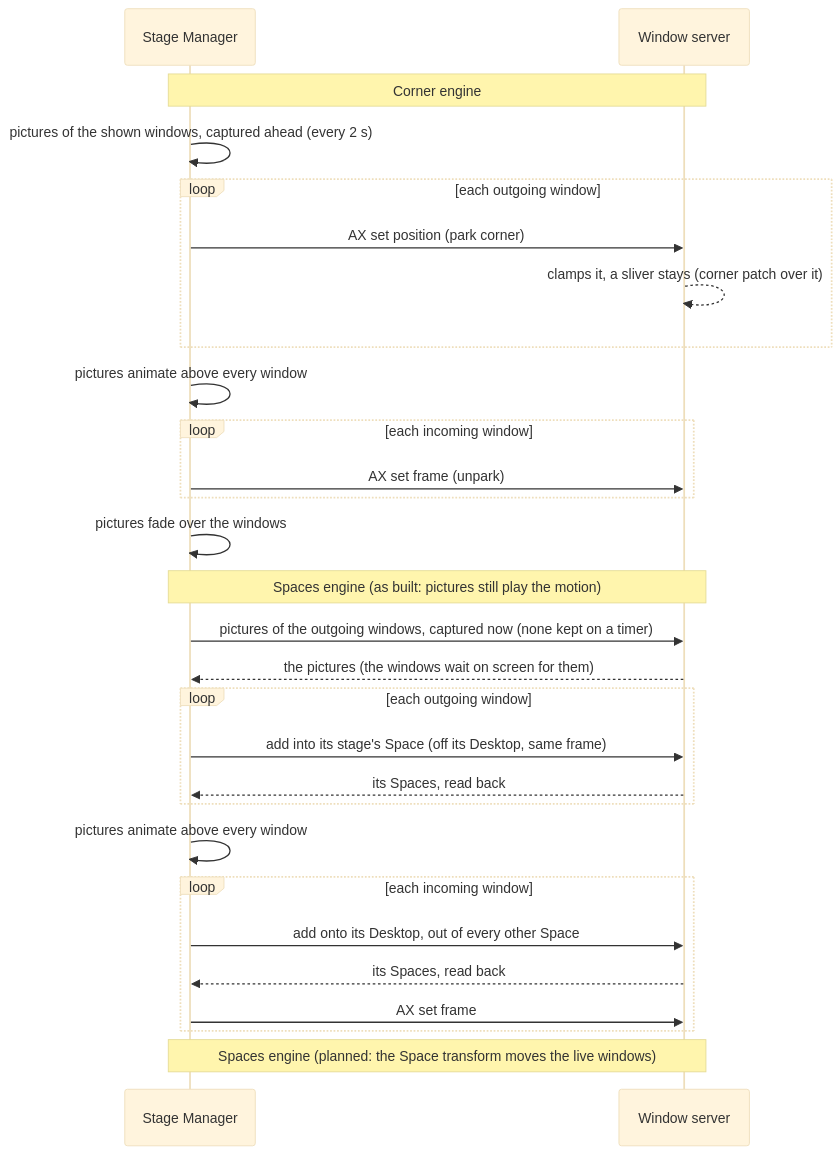
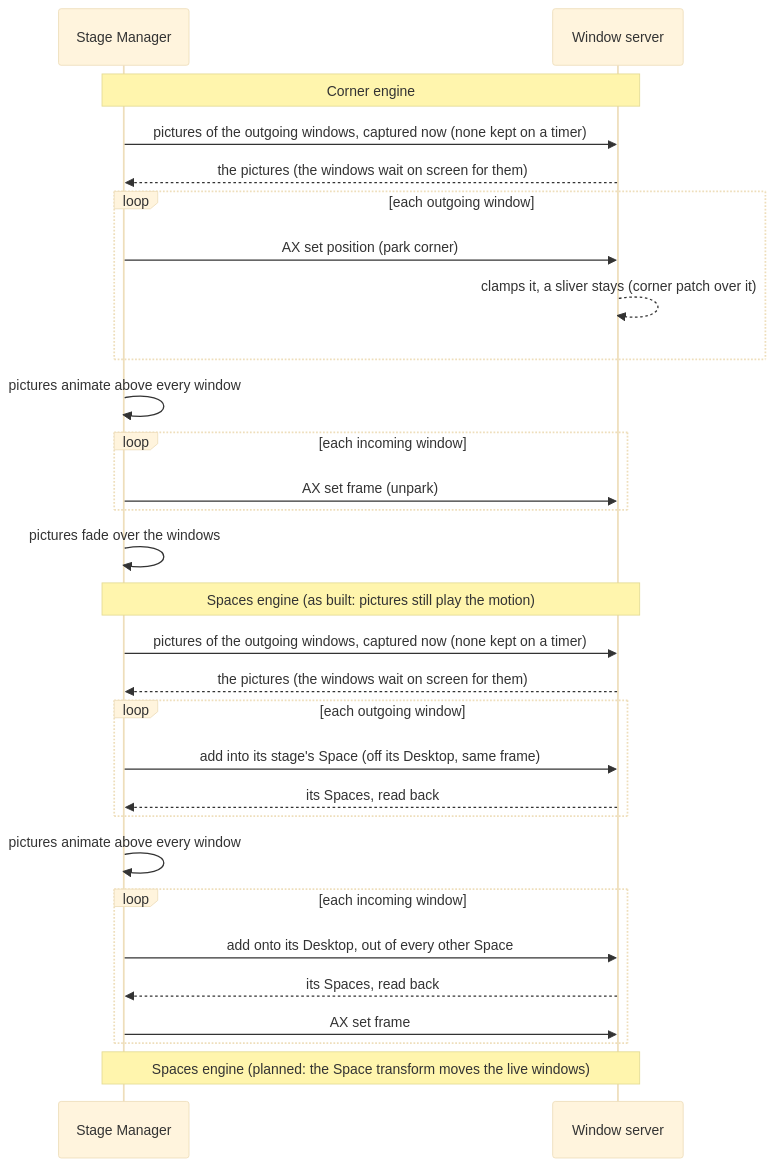
The second of 4 diagrams in docs/ARCHITECTURE.md (eugene-tea/stage-manager), drawn with Mermaid (base theme) before and after one commit. The commit also changed other lines of this file and 5 other files, not shown here.

````diff
--- a/docs/ARCHITECTURE.md
+++ b/docs/ARCHITECTURE.md
@@ -234,30 +235,31 @@
 ```mermaid
 sequenceDiagram
     participant SM as Stage Manager
     participant WS as Window server
     Note over SM,WS: Corner engine
-    SM->>SM: pictures of the shown windows, captured ahead (every 2 s)
+    SM->>WS: pictures of the outgoing windows, captured now (none kept on a timer)
+    WS-->>SM: the pictures (the windows wait on screen for them)
     loop each outgoing window
         SM->>WS: AX set position (park corner)
         WS-->>WS: clamps it, a sliver stays (corner patch over it)
     end
     SM->>SM: pictures animate above every window
     loop each incoming window
         SM->>WS: AX set frame (unpark)
     end
     SM->>SM: pictures fade over the windows
     Note over SM,WS: Spaces engine (as built: pictures still play the motion)
     SM->>WS: pictures of the outgoing windows, captured now (none kept on a timer)
     WS-->>SM: the pictures (the windows wait on screen for them)
     loop each outgoing window
         SM->>WS: add into its stage's Space (off its Desktop, same frame)
         WS-->>SM: its Spaces, read back
     end
     SM->>SM: pictures animate above every window
     loop each incoming window
         SM->>WS: add onto its Desktop, out of every other Space
         WS-->>SM: its Spaces, read back
         SM->>WS: AX set frame
     end
     Note over SM,WS: Spaces engine (planned: the Space transform moves the live windows)
 ```
````
